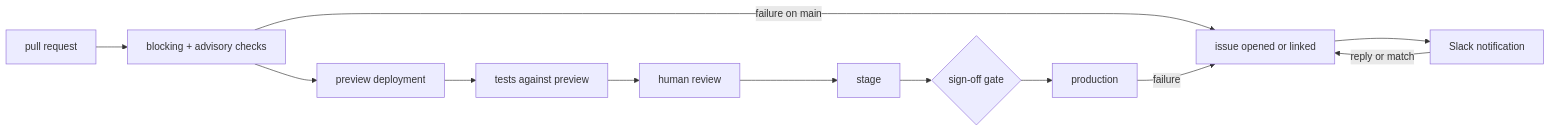
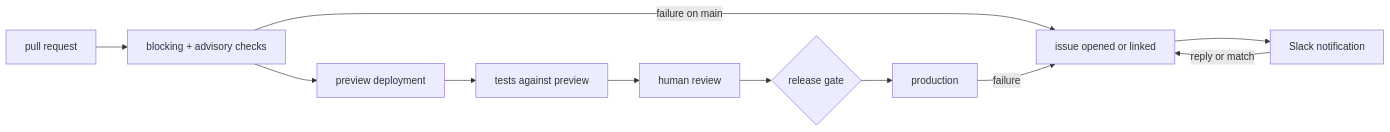
One commit to The-Focus-AI/standards changed the diagram in standards/STD-012-testing-and-deployment.md. Above: the diagram before and after it, drawn with Mermaid. The commit also changed other lines of this file and 82 other files, not shown here.

````diff
--- a/standards/STD-012-testing-and-deployment.md
+++ b/standards/STD-012-testing-and-deployment.md
@@ -31,12 +31,12 @@
 ```mermaid
 flowchart LR
     PR[pull request] --> CI[blocking + advisory checks]
     CI --> PV[preview deployment]
     PV --> SM[tests against preview]
     SM --> RV[human review]
-    RV --> ST[stage] --> GT{sign-off gate} --> PROD[production]
+    RV --> GT{release gate} --> PROD[production]
     CI -- failure on main --> IS[issue opened or linked]
     PROD -- failure --> IS
     IS --> SL[Slack notification]
     SL -- reply or match --> IS
 ```
````
